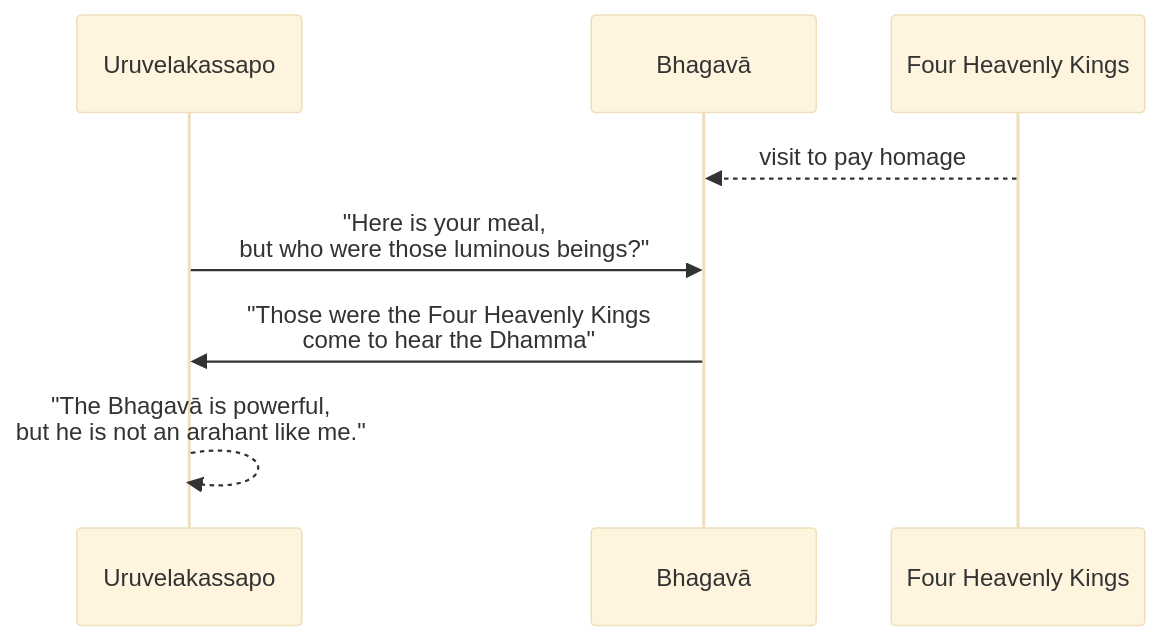
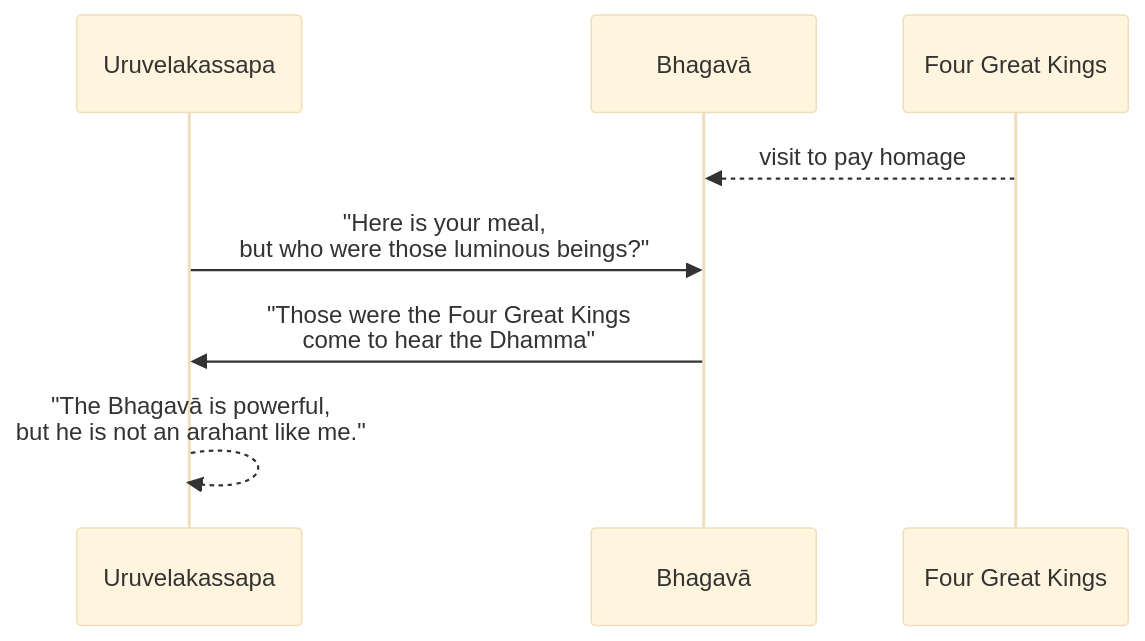
The third of 16 diagrams in src/content/docs/khandhaka/1-12.mdx (tidipa/tidipa.github.io), drawn with Mermaid (base theme) before and after one commit. The commit also changed other lines of this file and 48 other files, not shown here.

````diff
--- a/src/content/docs/khandhaka/1-12.mdx
+++ b/src/content/docs/khandhaka/1-12.mdx
@@ -73,10 +73,10 @@
 ```mermaid
 sequenceDiagram
-	participant A1 as Uruvelakassapo
+	participant A1 as Uruvelakassapa
 	participant B as Bhagavā
-	participant X as Four Heavenly Kings
+	participant X as Four Great Kings
 	X-->>B: visit to pay homage
 	A1->>B: "Here is your meal, <br>but who were those luminous beings?"
-	B->>A1: "Those were the Four Heavenly Kings<br>come to hear the Dhamma"
+	B->>A1: "Those were the Four Great Kings<br>come to hear the Dhamma"
 	A1-->>A1: "The Bhagavā is powerful, <br>but he is not an arahant like me."
 ```
````
